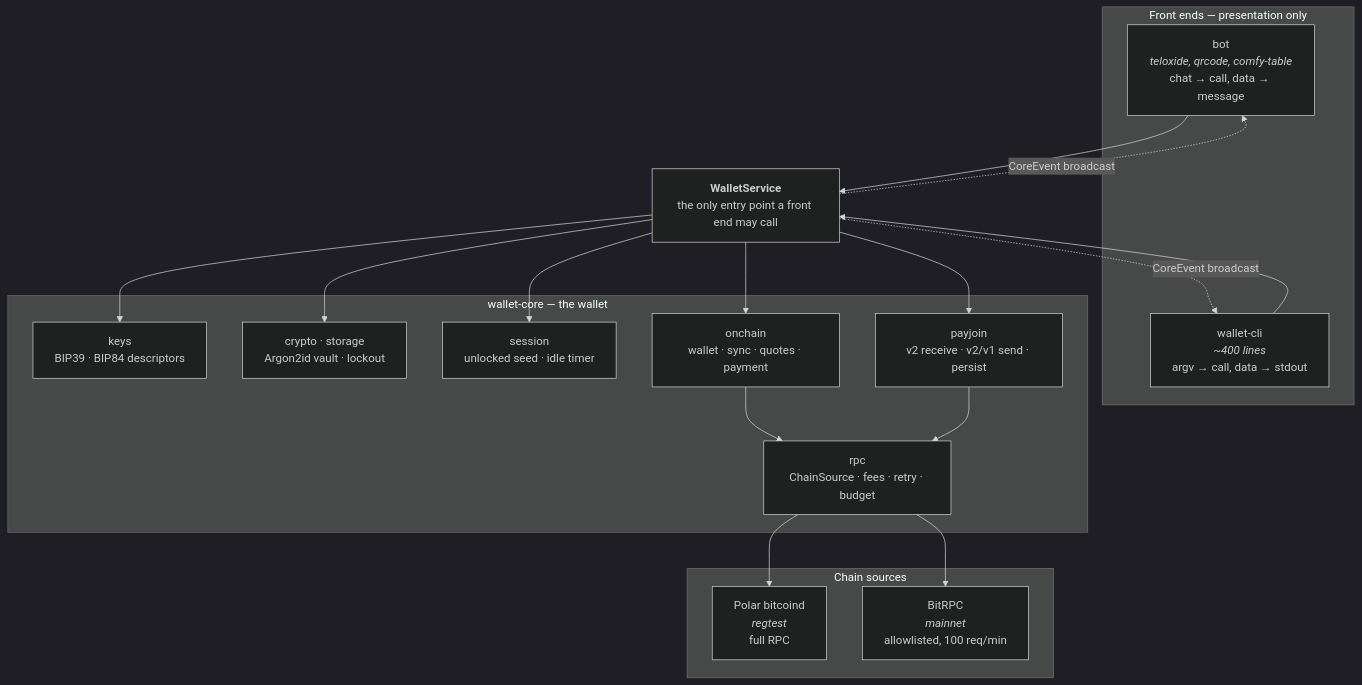
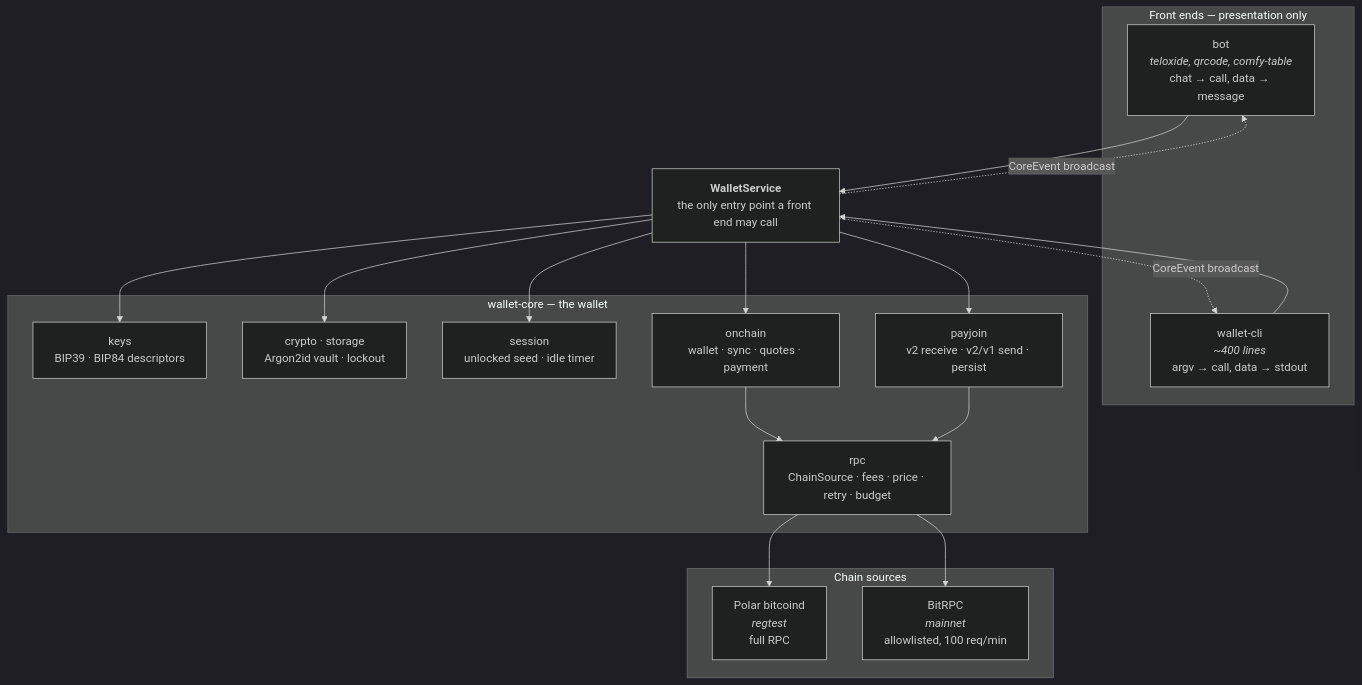
The diagram in docs/architecture.mmd (Xoulomon/Bit_wallet), drawn with Mermaid (dark theme) before and after one commit. The commit also changed 4 other files, not shown here.

```diff
--- a/docs/architecture.mmd
+++ b/docs/architecture.mmd
@@ -1,36 +1,36 @@
 graph TD
     subgraph FE["Front ends — presentation only"]
         BOT["bot<br/><i>teloxide, qrcode, comfy-table</i><br/>chat → call, data → message"]
         CLI["wallet-cli<br/><i>~400 lines</i><br/>argv → call, data → stdout"]
     end
 
     FACADE["<b>WalletService</b><br/>the only entry point a front end may call"]
 
     subgraph CORE["wallet-core — the wallet"]
         KEYS["keys<br/>BIP39 · BIP84 descriptors"]
         CRYPTO["crypto · storage<br/>Argon2id vault · lockout"]
         SESSION["session<br/>unlocked seed · idle timer"]
         ONCHAIN["onchain<br/>wallet · sync · quotes · payment"]
         PJ["payjoin<br/>v2 receive · v2/v1 send · persist"]
-        RPC["rpc<br/>ChainSource · fees · retry · budget"]
+        RPC["rpc<br/>ChainSource · fees · price · retry · budget"]
     end
 
     subgraph BACKENDS["Chain sources"]
         POLAR["Polar bitcoind<br/><i>regtest</i><br/>full RPC"]
         BITRPC["BitRPC<br/><i>mainnet</i><br/>allowlisted, 100 req/min"]
     end
 
     BOT --> FACADE
     CLI --> FACADE
     FACADE --> KEYS
     FACADE --> CRYPTO
     FACADE --> SESSION
     FACADE --> ONCHAIN
     FACADE --> PJ
     ONCHAIN --> RPC
     PJ --> RPC
     RPC --> POLAR
     RPC --> BITRPC
 
     FACADE -.->|CoreEvent broadcast| BOT
     FACADE -.->|CoreEvent broadcast| CLI
```
